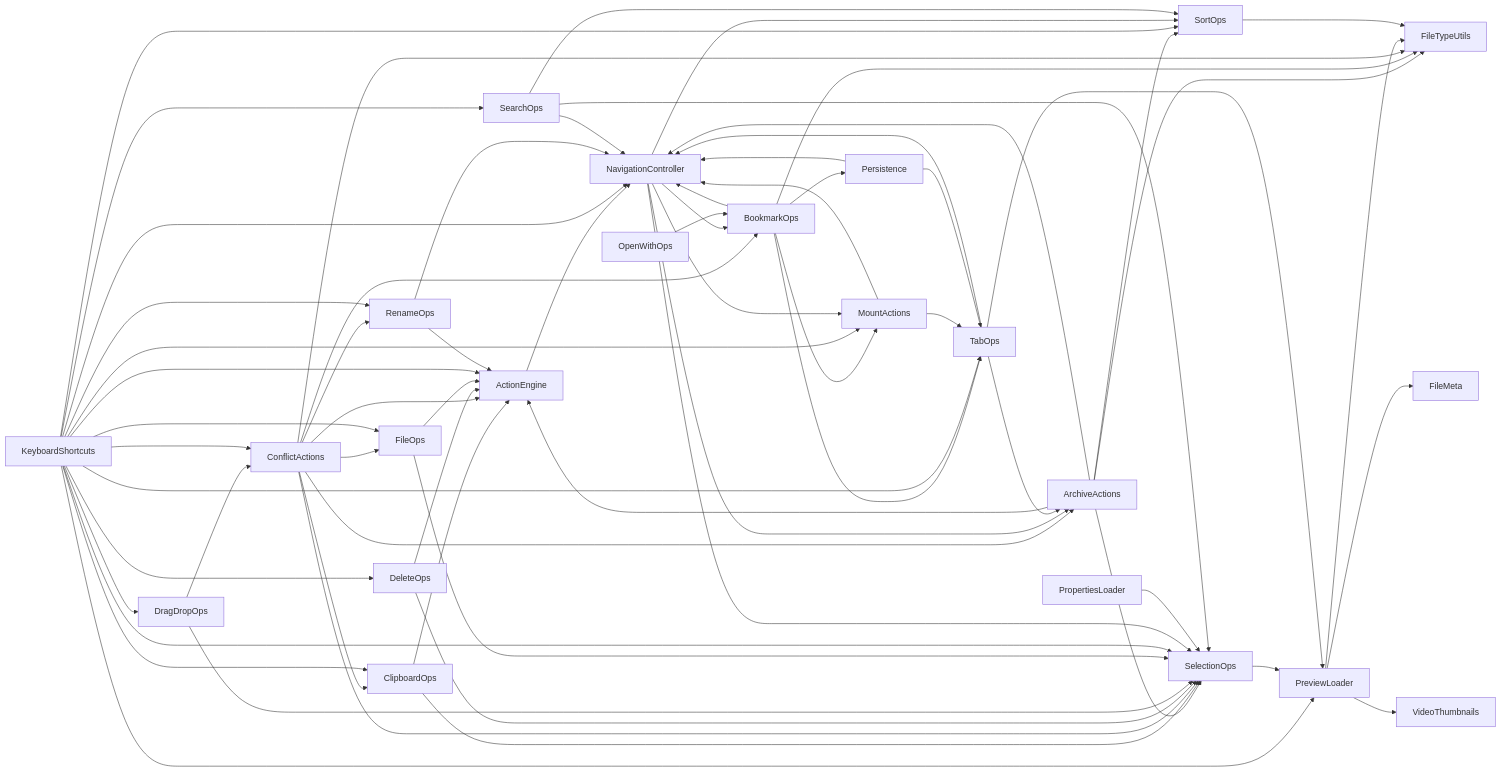
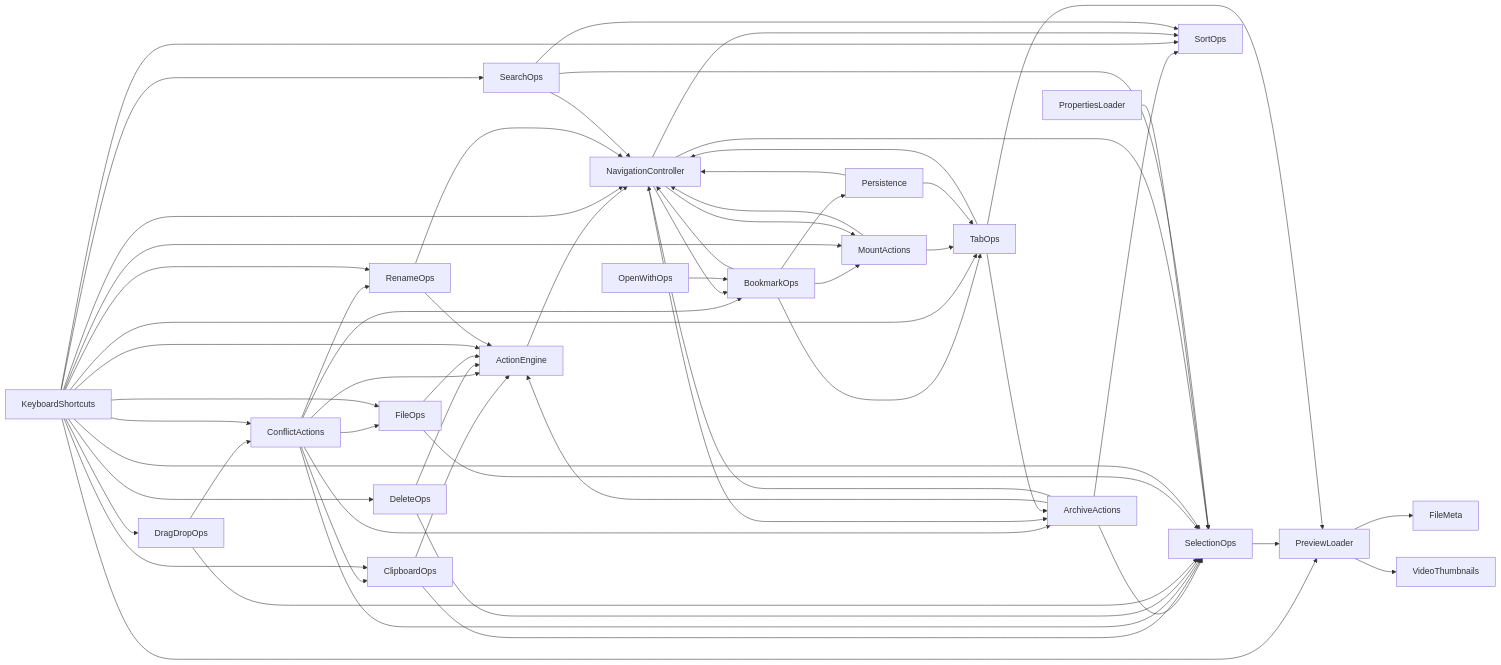
Before and after one commit to Flaxenox/omafiles: the diagram in DEPENDENCY_GRAPH.md, drawn with Mermaid. The commit also changed other lines of this file and 1 other file, not shown here.

Commit message:
chore: harden runtime and prepare RC1 baseline

````diff
--- a/DEPENDENCY_GRAPH.md
+++ b/DEPENDENCY_GRAPH.md
@@ -12,68 +12,63 @@
 ```mermaid
 graph LR
   ActionEngine --> NavigationController
   ArchiveActions --> ActionEngine
-  ArchiveActions --> FileTypeUtils
   ArchiveActions --> NavigationController
   ArchiveActions --> SelectionOps
   ArchiveActions --> SortOps
-  BookmarkOps --> FileTypeUtils
   BookmarkOps --> MountActions
   BookmarkOps --> NavigationController
   BookmarkOps --> Persistence
   BookmarkOps --> TabOps
   ClipboardOps --> ActionEngine
   ClipboardOps --> SelectionOps
   ConflictActions --> ActionEngine
   ConflictActions --> ArchiveActions
   ConflictActions --> BookmarkOps
   ConflictActions --> ClipboardOps
   ConflictActions --> FileOps
-  ConflictActions --> FileTypeUtils
   ConflictActions --> RenameOps
   ConflictActions --> SelectionOps
   DeleteOps --> ActionEngine
   DeleteOps --> SelectionOps
   DragDropOps --> ConflictActions
   DragDropOps --> SelectionOps
   FileOps --> ActionEngine
   FileOps --> SelectionOps
   KeyboardShortcuts --> ActionEngine
   KeyboardShortcuts --> ClipboardOps
   KeyboardShortcuts --> ConflictActions
   KeyboardShortcuts --> DeleteOps
   KeyboardShortcuts --> DragDropOps
   KeyboardShortcuts --> FileOps
   KeyboardShortcuts --> MountActions
   KeyboardShortcuts --> NavigationController
   KeyboardShortcuts --> PreviewLoader
   KeyboardShortcuts --> RenameOps
   KeyboardShortcuts --> SearchOps
   KeyboardShortcuts --> SelectionOps
   KeyboardShortcuts --> SortOps
   KeyboardShortcuts --> TabOps
   MountActions --> NavigationController
   MountActions --> TabOps
   NavigationController --> ArchiveActions
   NavigationController --> BookmarkOps
   NavigationController --> MountActions
   NavigationController --> SelectionOps
   NavigationController --> SortOps
   OpenWithOps --> BookmarkOps
   Persistence --> NavigationController
   Persistence --> TabOps
   PreviewLoader --> FileMeta
-  PreviewLoader --> FileTypeUtils
   PreviewLoader --> VideoThumbnails
   PropertiesLoader --> SelectionOps
   RenameOps --> ActionEngine
   RenameOps --> NavigationController
   SearchOps --> NavigationController
   SearchOps --> SelectionOps
   SearchOps --> SortOps
   SelectionOps --> PreviewLoader
-  SortOps --> FileTypeUtils
   TabOps --> ArchiveActions
   TabOps --> NavigationController
   TabOps --> PreviewLoader
 ```
````
